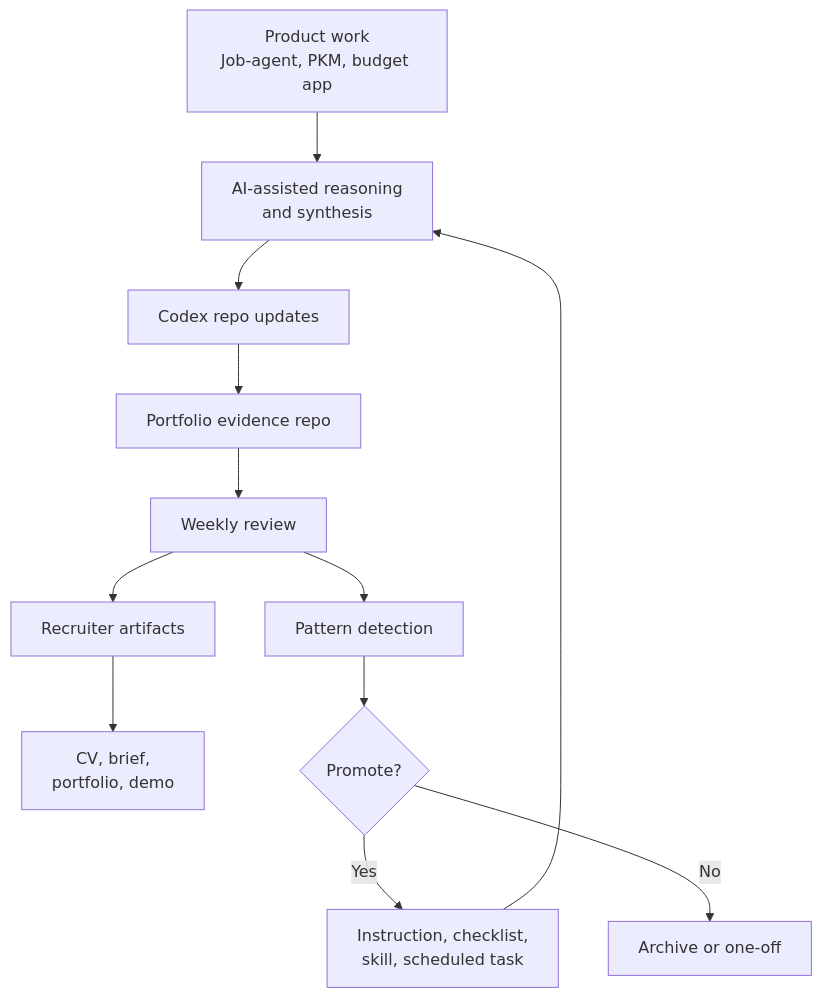
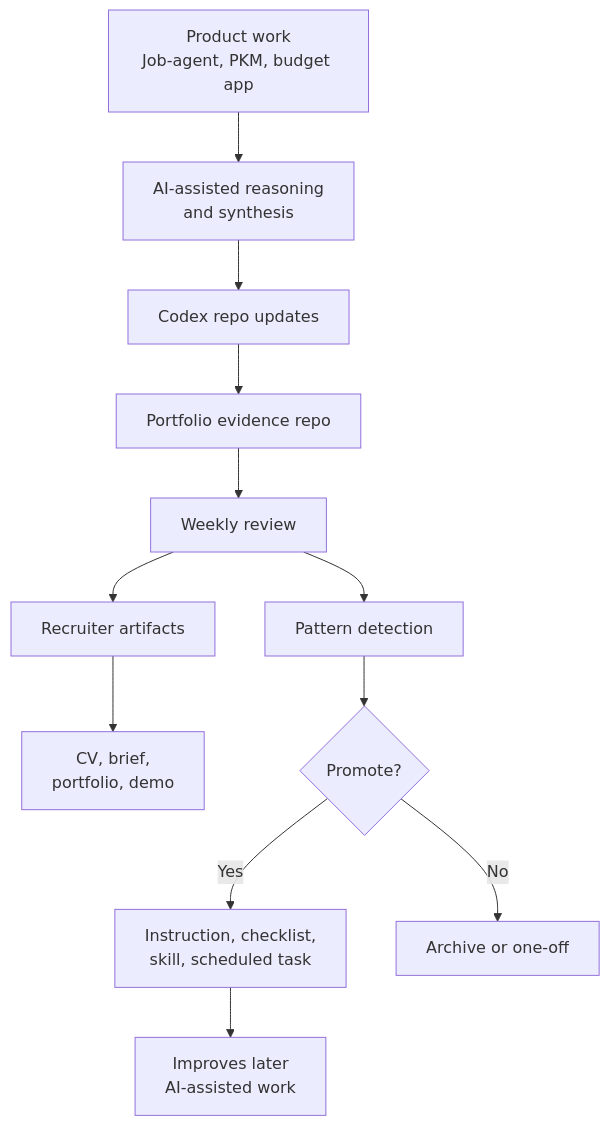
The diagram in README.md (marcus-uden-dev/ai-native-proof-of-work), drawn with Mermaid before and after one commit. The commit also changed 8 other files, not shown here.

Commit message:
Fix GitHub Mermaid clipping in workflow diagrams

````diff
--- a/README.md
+++ b/README.md
@@ -38,15 +38,15 @@
 ```mermaid
 flowchart TD
     A["Product work<br/>Job-agent, PKM, budget app"] --> B["AI-assisted reasoning<br/>and synthesis"]
     B --> C["Codex repo updates"]
     C --> D["Portfolio evidence repo"]
     D --> E["Weekly review"]
     E --> F["Recruiter artifacts"]
     F --> G["CV, brief,<br/>portfolio, demo"]
 
     E --> H["Pattern detection"]
     H --> I{"Promote?"}
     I -->|Yes| J["Instruction, checklist,<br/>skill, scheduled task"]
     I -->|No| K["Archive or one-off"]
-    J --> B
+    J --> L["Improves later<br/>AI-assisted work"]
 ```
````
